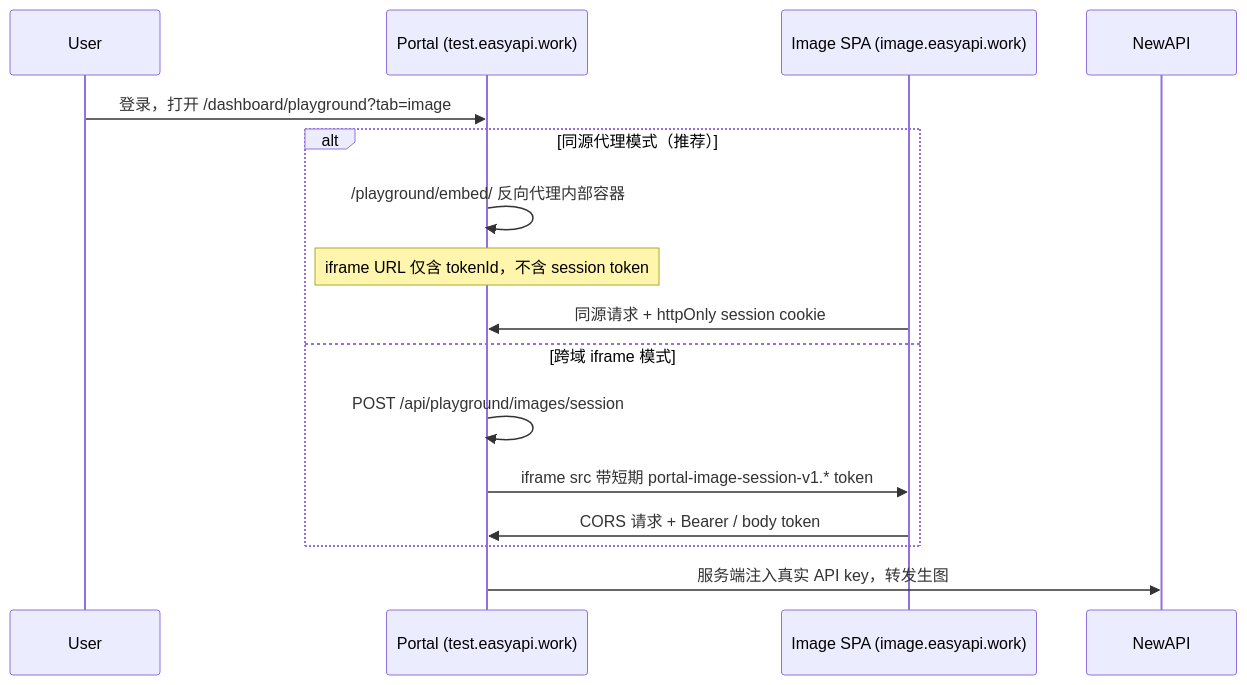
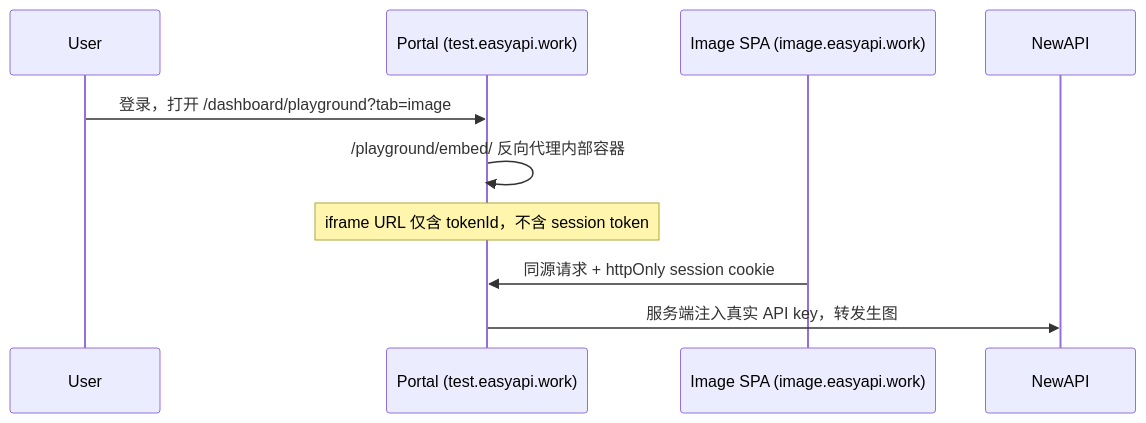
The diagram in docs/image-playground-security.md (K4F7/easyapi), drawn with Mermaid before and after one commit. The commit also changed other lines of this file and 14 other files, not shown here.

Commit message:
fix: use same-origin image playground proxy

````diff
--- a/docs/image-playground-security.md
+++ b/docs/image-playground-security.md
@@ -7,19 +7,13 @@
 ```mermaid
 sequenceDiagram
   participant User
   participant Portal as Portal (test.easyapi.work)
   participant Image as Image SPA (image.easyapi.work)
   participant NewAPI
 
   User->>Portal: 登录，打开 /dashboard/playground?tab=image
-  alt 同源代理模式（推荐）
-    Portal->>Portal: /playground/embed/ 反向代理内部容器
-    Note over Portal: iframe URL 仅含 tokenId，不含 session token
-    Image->>Portal: 同源请求 + httpOnly session cookie
-  else 跨域 iframe 模式
-    Portal->>Portal: POST /api/playground/images/session
-    Portal->>Image: iframe src 带短期 portal-image-session-v1.* token
-    Image->>Portal: CORS 请求 + Bearer / body token
-  end
+  Portal->>Portal: /playground/embed/ 反向代理内部容器
+  Note over Portal: iframe URL 仅含 tokenId，不含 session token
+  Image->>Portal: 同源请求 + httpOnly session cookie
   Portal->>NewAPI: 服务端注入真实 API key，转发生图
 ```
````
